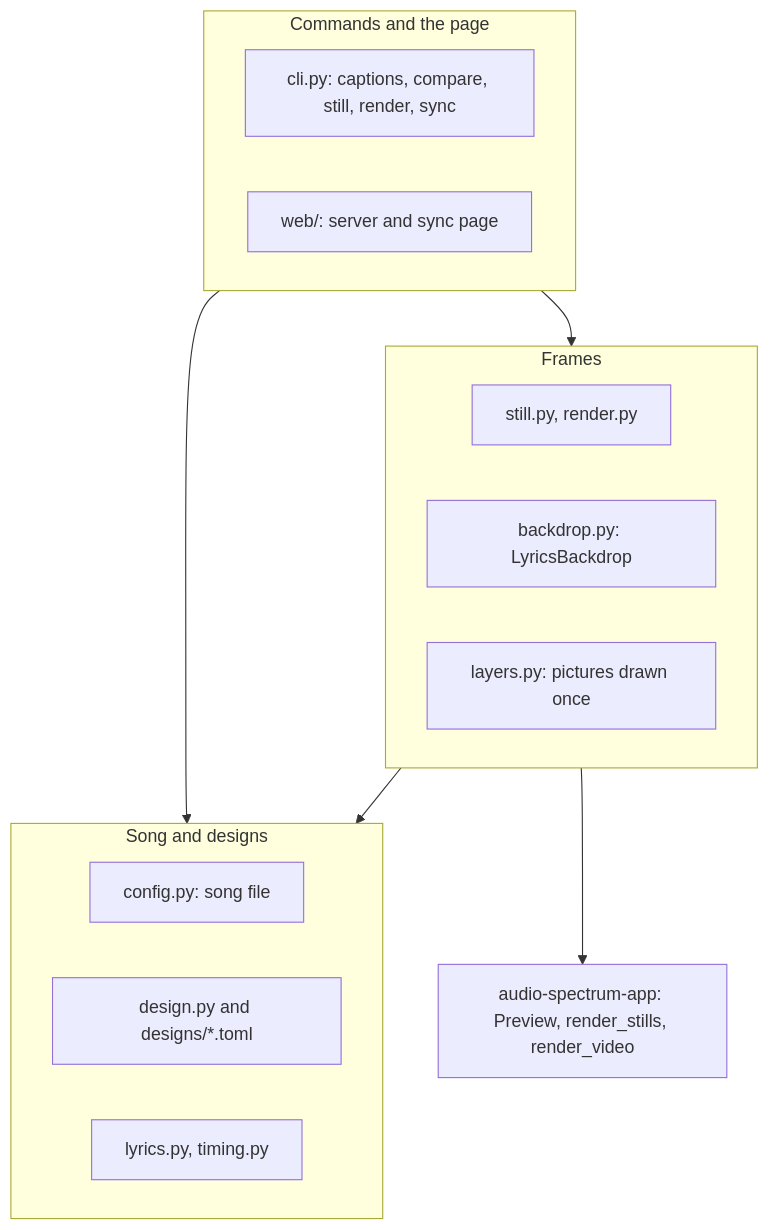
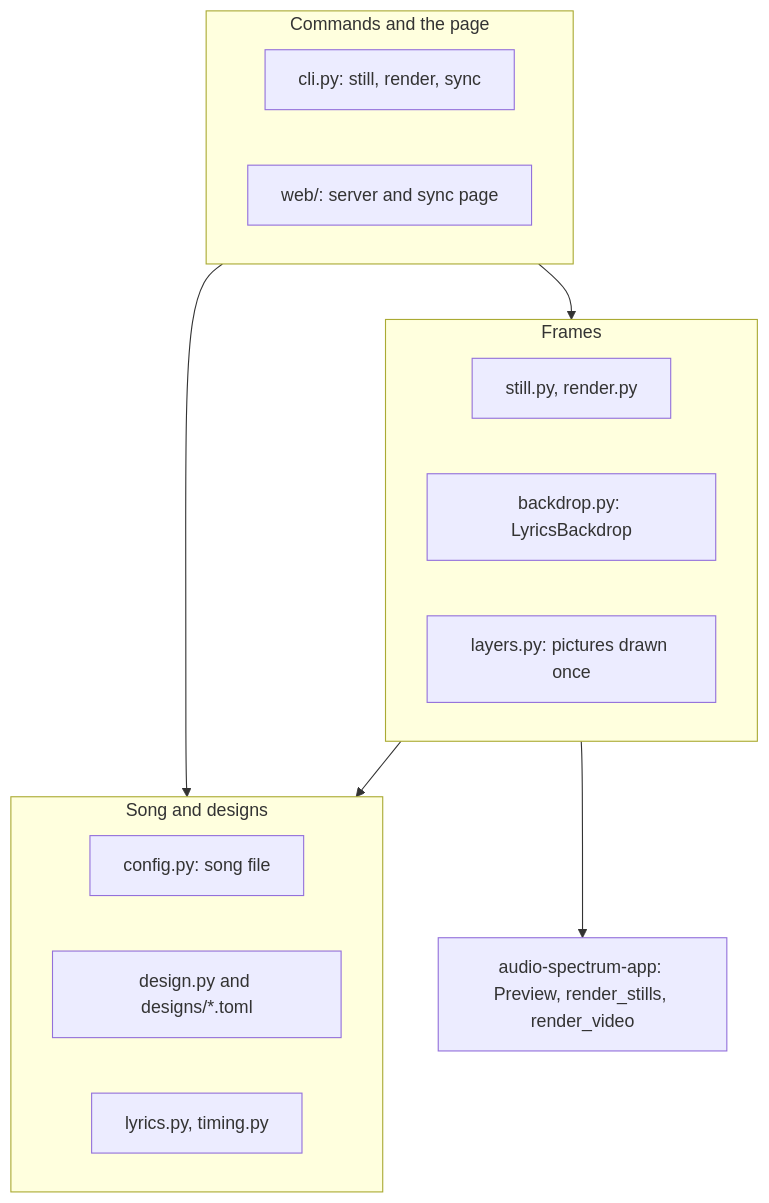
Before and after one commit to musica-sanare/lyrics-video-app: the first of 3 diagrams in docs/en/ARCHITECTURE.md, drawn with Mermaid. The commit also changed other lines of this file and 27 other files, not shown here.

````diff
--- a/docs/en/ARCHITECTURE.md
+++ b/docs/en/ARCHITECTURE.md
@@ -14,22 +14,22 @@
 ```mermaid
 flowchart TB
   subgraph commands["Commands and the page"]
-    cli["cli.py: captions, compare, still, render, sync"]
+    cli["cli.py: still, render, sync"]
     web["web/: server and sync page"]
   end
   subgraph frames["Frames"]
     still["still.py, render.py"]
     backdrop["backdrop.py: LyricsBackdrop"]
     layers["layers.py: pictures drawn once"]
   end
   subgraph inputs["Song and designs"]
     config["config.py: song file"]
     design["design.py and designs/*.toml"]
     text["lyrics.py, timing.py"]
   end
   spectrum["audio-spectrum-app: Preview, render_stills, render_video"]
   commands --> frames
   commands --> inputs
   frames --> inputs
   frames --> spectrum
 ```
````
